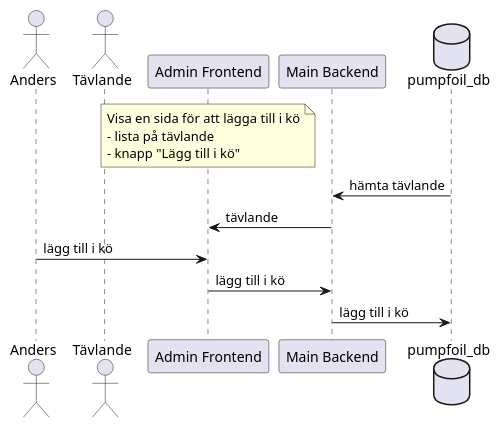
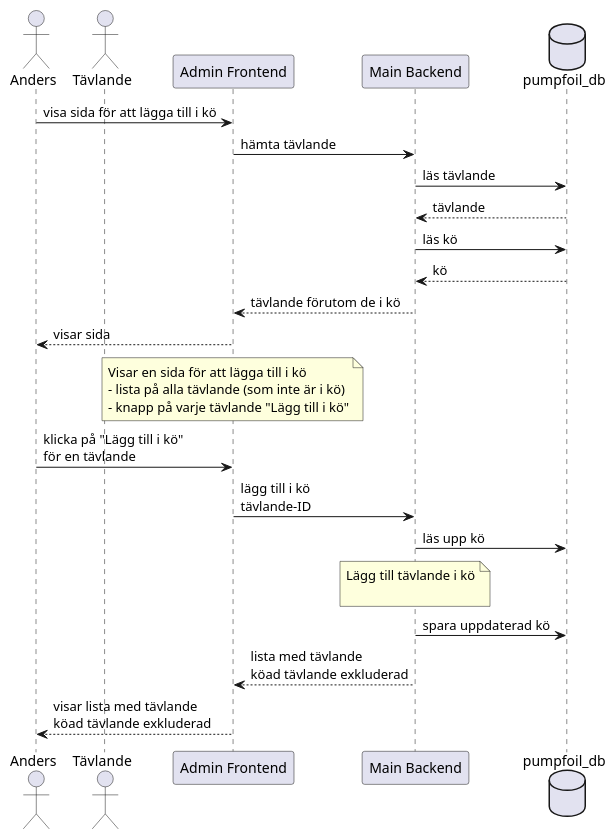
One commit to CAG-Contactor/pump-foil-game changed the third of 4 diagrams in doc/SPEC.md. Above: the diagram before and after it, drawn with PlantUML. The commit also changed other lines of this file, not shown here.

Commit message:
lite spec

````diff
--- a/doc/SPEC.md
+++ b/doc/SPEC.md
@@ -107,18 +107,31 @@
 ```plantuml 
 actor Anders
 actor Tävlande
 participant "Admin Frontend" as adminfe
 participant "Main Backend" as mainbe
 database pumpfoil_db
 
+Anders -> adminfe: visa sida för att lägga till i kö
+adminfe -> mainbe: hämta tävlande
+mainbe -> pumpfoil_db: läs tävlande
+mainbe <-- pumpfoil_db: tävlande
+mainbe -> pumpfoil_db: läs kö
+mainbe <-- pumpfoil_db: kö
+adminfe <-- mainbe: tävlande förutom de i kö
+Anders <-- adminfe: visar sida
 note over adminfe
-  Visa en sida för att lägga till i kö
-  - lista på tävlande
-  - knapp "Lägg till i kö"
+  Visar en sida för att lägga till i kö
+  - lista på alla tävlande (som inte är i kö)
+  - knapp på varje tävlande "Lägg till i kö"
 endnote
-pumpfoil_db -> mainbe: hämta tävlande
-mainbe -> adminfe: tävlande
-Anders -> adminfe: lägg till i kö
-adminfe -> mainbe: lägg till i kö
-mainbe -> pumpfoil_db: lägg till i kö
+Anders -> adminfe: klicka på "Lägg till i kö"\nför en tävlande
+adminfe -> mainbe: lägg till i kö\ntävlande-ID
+mainbe -> pumpfoil_db: läs upp kö
+note over mainbe
+  Lägg till tävlande i kö
+  
+endnote
+mainbe -> pumpfoil_db: spara uppdaterad kö
+adminfe <-- mainbe: lista med tävlande\nköad tävlande exkluderad
+Anders <-- adminfe: visar lista med tävlande\nköad tävlande exkluderad
 ```
````
